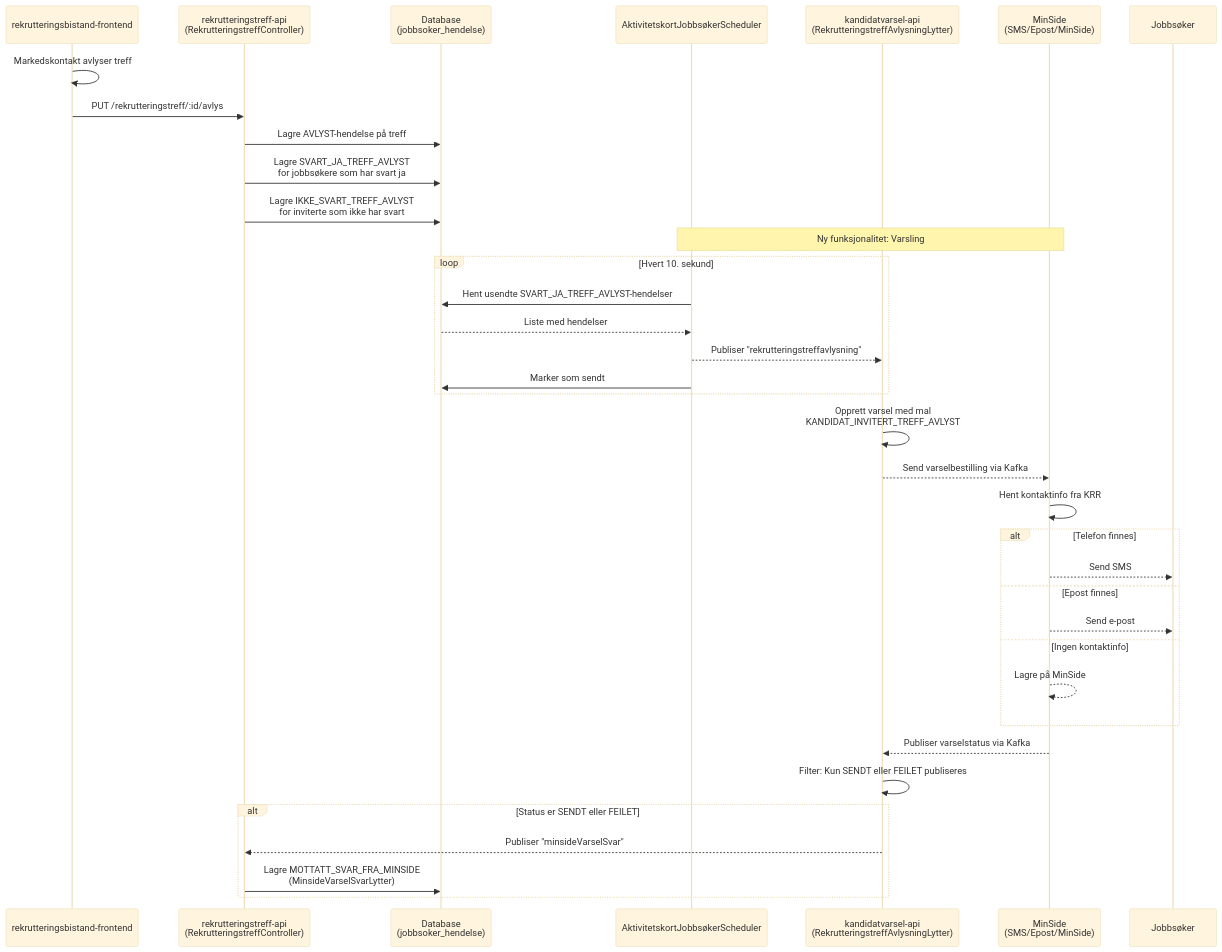
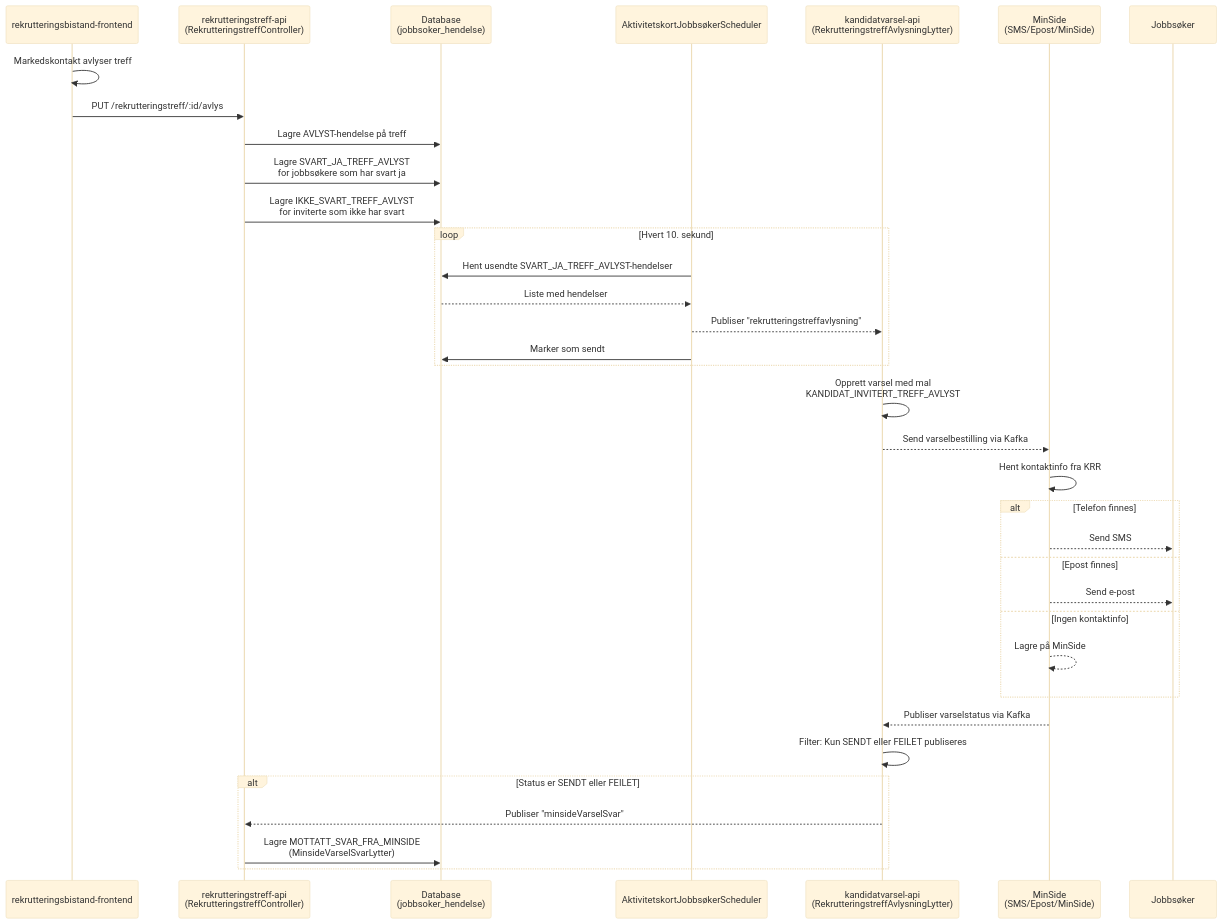
The third of 3 diagrams in docs/4-integrasjoner/varsling.md (navikt/rekrutteringstreff-backend), drawn with Mermaid (base theme) before and after one commit. The commit also changed other lines of this file, not shown here.

````diff
--- a/docs/4-integrasjoner/varsling.md
+++ b/docs/4-integrasjoner/varsling.md
@@ -228,44 +228,42 @@
 ```mermaid
 sequenceDiagram
     participant FE as rekrutteringsbistand-frontend
     participant API as rekrutteringstreff-api<br/>(RekrutteringstreffController)
     participant DB as Database<br/>(jobbsoker_hendelse)
     participant Scheduler as AktivitetskortJobbsøkerScheduler
     participant KV as kandidatvarsel-api<br/>(RekrutteringstreffAvlysningLytter)
     participant MS as MinSide<br/>(SMS/Epost/MinSide)
 
     FE->>FE: Markedskontakt avlyser treff
     FE->>API: PUT /rekrutteringstreff/:id/avlys
     API->>DB: Lagre AVLYST-hendelse på treff
     API->>DB: Lagre SVART_JA_TREFF_AVLYST<br/>for jobbsøkere som har svart ja
     API->>DB: Lagre IKKE_SVART_TREFF_AVLYST<br/>for inviterte som ikke har svart
-
-    Note over Scheduler,MS: Ny funksjonalitet: Varsling
 
     loop Hvert 10. sekund
         Scheduler->>DB: Hent usendte SVART_JA_TREFF_AVLYST-hendelser
         DB-->>Scheduler: Liste med hendelser
         Scheduler-->>KV: Publiser "rekrutteringstreffavlysning"
         Scheduler->>DB: Marker som sendt
     end
 
     KV->>KV: Opprett varsel med mal<br/>KANDIDAT_INVITERT_TREFF_AVLYST
     KV-->>MS: Send varselbestilling via Kafka
 
     MS->>MS: Hent kontaktinfo fra KRR
     alt Telefon finnes
         MS-->>Jobbsøker: Send SMS
     else Epost finnes
         MS-->>Jobbsøker: Send e-post
     else Ingen kontaktinfo
         MS-->>MS: Lagre på MinSide
     end
 
     MS-->>KV: Publiser varselstatus via Kafka
     KV->>KV: Filter: Kun SENDT eller FEILET publiseres
 
     alt Status er SENDT eller FEILET
         KV-->>API: Publiser "minsideVarselSvar"
         API->>DB: Lagre MOTTATT_SVAR_FRA_MINSIDE<br/>(MinsideVarselSvarLytter)
     end
 ```
````
